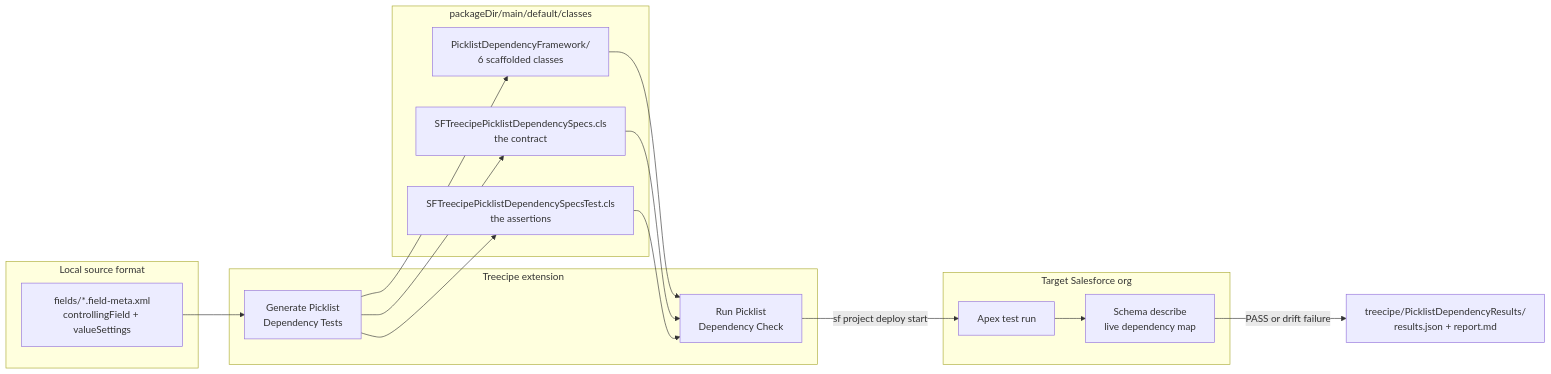
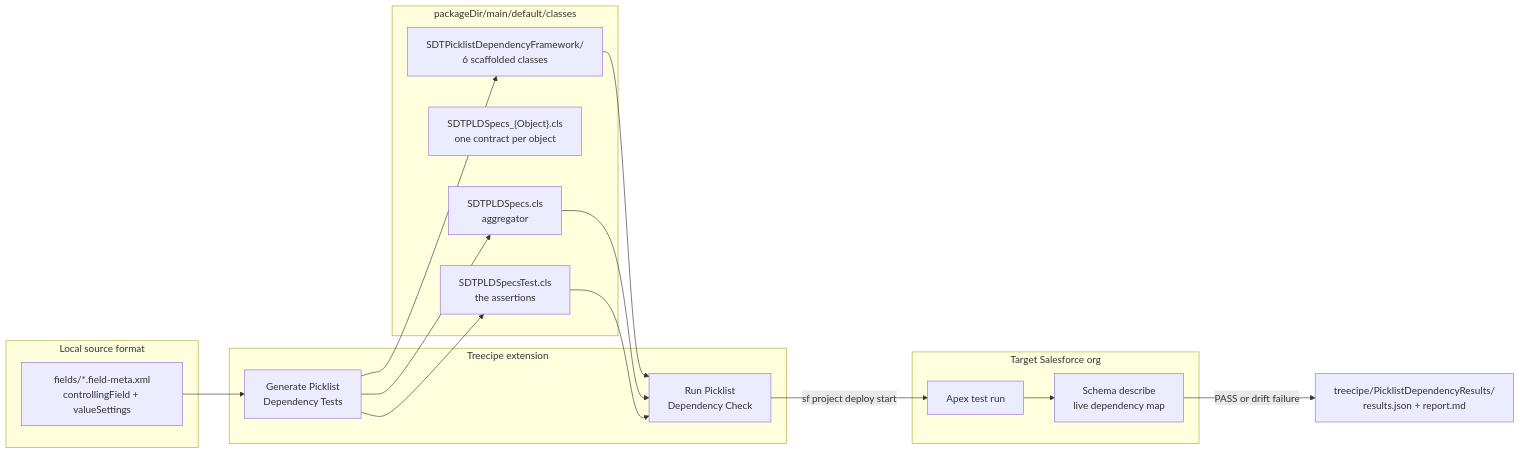
Before and after one commit to jdschleicher/Salesforce-Data-Treecipe: the first of 8 diagrams in scripts/picklist-dependency-demo/PICKLIST-DEPENDENCY-FLOW.md, drawn with Mermaid. The commit also changed other lines of this file and 1 other file, not shown here.

First line of the commit message:
docs: add picklist dependency flow diagrams, updated for v3.0.0, plus a staleness guard

````diff
--- a/scripts/picklist-dependency-demo/PICKLIST-DEPENDENCY-FLOW.md
+++ b/scripts/picklist-dependency-demo/PICKLIST-DEPENDENCY-FLOW.md
@@ -26,35 +26,36 @@
 ```mermaid
 flowchart LR
     subgraph disk["Local source format"]
         XML["fields/*.field-meta.xml<br/>controllingField + valueSettings"]
     end
 
     subgraph vscode["Treecipe extension"]
         GEN["Generate Picklist<br/>Dependency Tests"]
         CHK["Run Picklist<br/>Dependency Check"]
     end
 
     subgraph classes["packageDir/main/default/classes"]
-        FW["PicklistDependencyFramework/<br/>6 scaffolded classes"]
-        SPECS["SFTreecipePicklistDependencySpecs.cls<br/>the contract"]
-        TEST["SFTreecipePicklistDependencySpecsTest.cls<br/>the assertions"]
+        FW["SDTPicklistDependencyFramework/<br/>6 scaffolded classes"]
+        PER["SDTPLDSpecs_{Object}.cls<br/>one contract per object"]
+        SPECS["SDTPLDSpecs.cls<br/>aggregator"]
+        TEST["SDTPLDSpecsTest.cls<br/>the assertions"]
     end
 
     subgraph org["Target Salesforce org"]
         DESCRIBE["Schema describe<br/>live dependency map"]
         APEX["Apex test run"]
     end
 
     ART["treecipe/PicklistDependencyResults/<br/>results.json + report.md"]
 
     XML --> GEN
     GEN --> SPECS
     GEN --> TEST
     GEN --> FW
     FW --> CHK
     SPECS --> CHK
     TEST --> CHK
     CHK -->|"sf project deploy start"| APEX
     APEX --> DESCRIBE
     DESCRIBE -->|"PASS or drift failure"| ART
 ```
````
